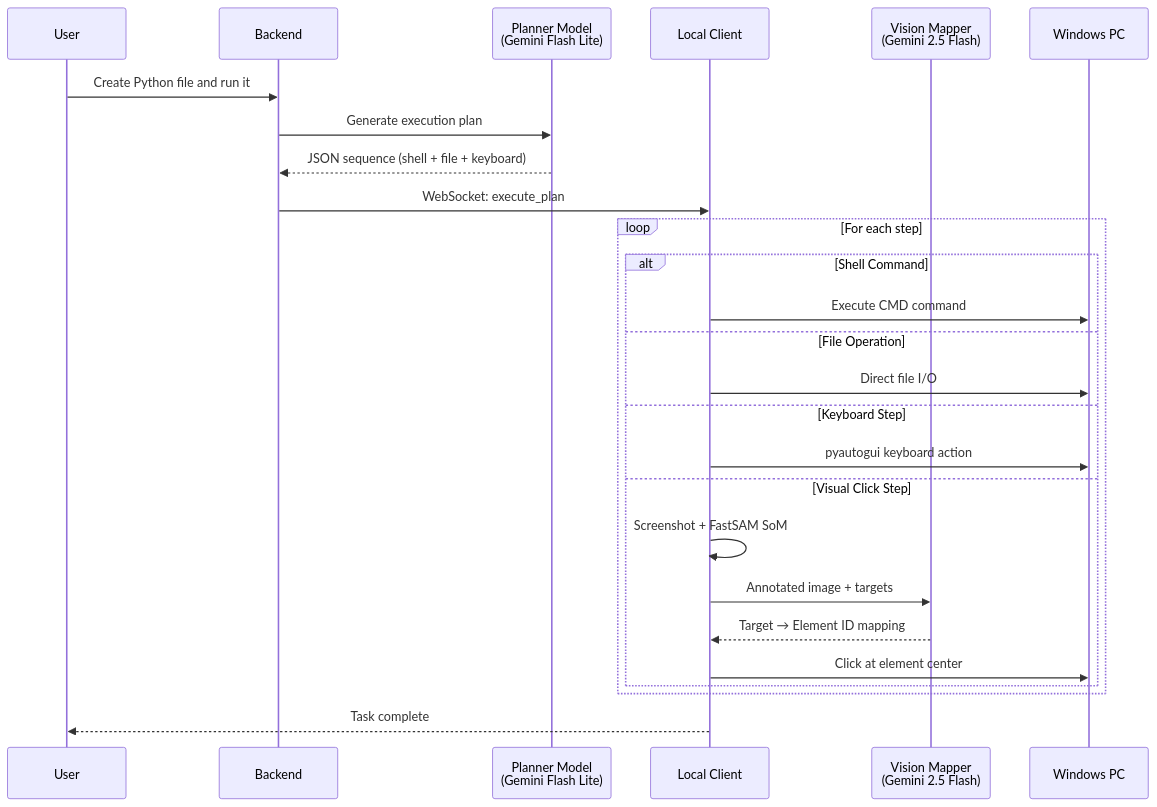
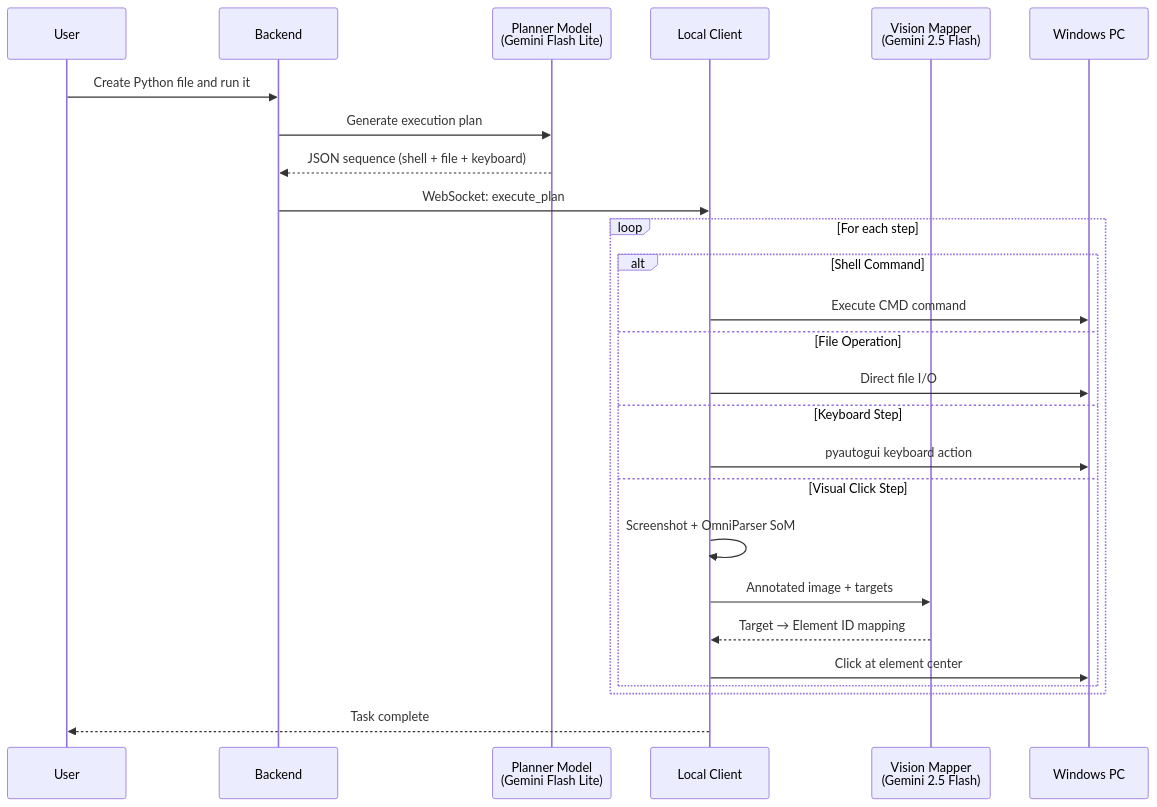
The second of 7 diagrams in README.md (Bada-Don/Jarvis), drawn with Mermaid before and after one commit. The commit also changed other lines of this file and 1 other file, not shown here.

Commit message:
OmniParser Updated in README

````diff
--- a/README.md
+++ b/README.md
@@ -53,32 +53,32 @@
 ```mermaid
 sequenceDiagram
     participant User
     participant Backend
     participant Planner as Planner Model<br/>(Gemini Flash Lite)
     participant Client as Local Client
     participant Vision as Vision Mapper<br/>(Gemini 2.5 Flash)
     participant PC as Windows PC
 
     User->>Backend: Create Python file and run it
     Backend->>Planner: Generate execution plan
     Planner-->>Backend: JSON sequence (shell + file + keyboard)
     Backend->>Client: WebSocket: execute_plan
     
     loop For each step
         alt Shell Command
             Client->>PC: Execute CMD command
         else File Operation
             Client->>PC: Direct file I/O
         else Keyboard Step
             Client->>PC: pyautogui keyboard action
         else Visual Click Step
-            Client->>Client: Screenshot + FastSAM SoM
+            Client->>Client: Screenshot + OmniParser SoM
             Client->>Vision: Annotated image + targets
             Vision-->>Client: Target → Element ID mapping
             Client->>PC: Click at element center
         end
     end
     
     Client-->>User: Task complete
 
 ```
````
